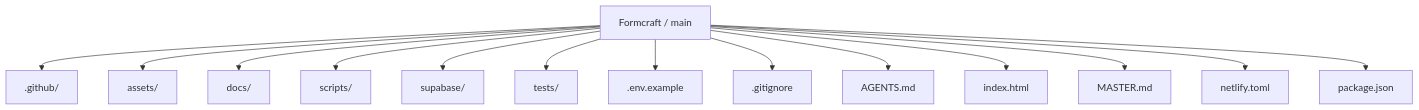
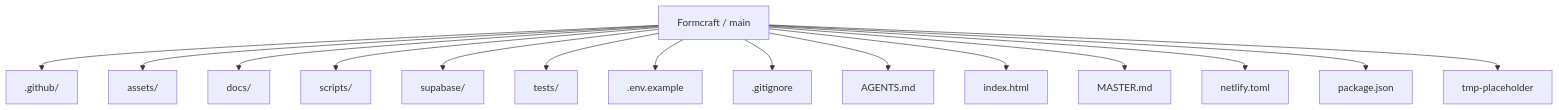
Before and after one commit to Nischhalsubba/Formcraft: the first of 23 diagrams in README.md, drawn with Mermaid.

Commit message:
docs: apply designer README standard

````diff
--- a/README.md
+++ b/README.md
@@ -56,17 +56,18 @@
 ```mermaid
 flowchart TD
     ROOT["Formcraft / main"]
     ROOT --> P0[".github/"]
     ROOT --> P1["assets/"]
     ROOT --> P2["docs/"]
     ROOT --> P3["scripts/"]
     ROOT --> P4["supabase/"]
     ROOT --> P5["tests/"]
     ROOT --> P6[".env.example"]
     ROOT --> P7[".gitignore"]
     ROOT --> P8["AGENTS.md"]
     ROOT --> P9["index.html"]
     ROOT --> P10["MASTER.md"]
     ROOT --> P11["netlify.toml"]
     ROOT --> P12["package.json"]
+    ROOT --> P13["tmp-placeholder"]
 ```
````
